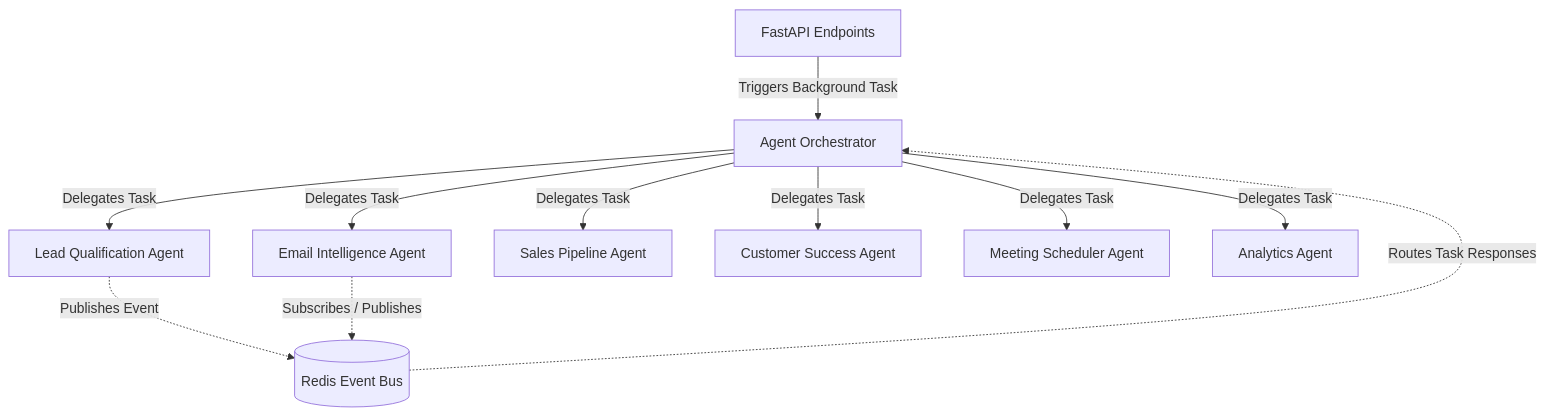
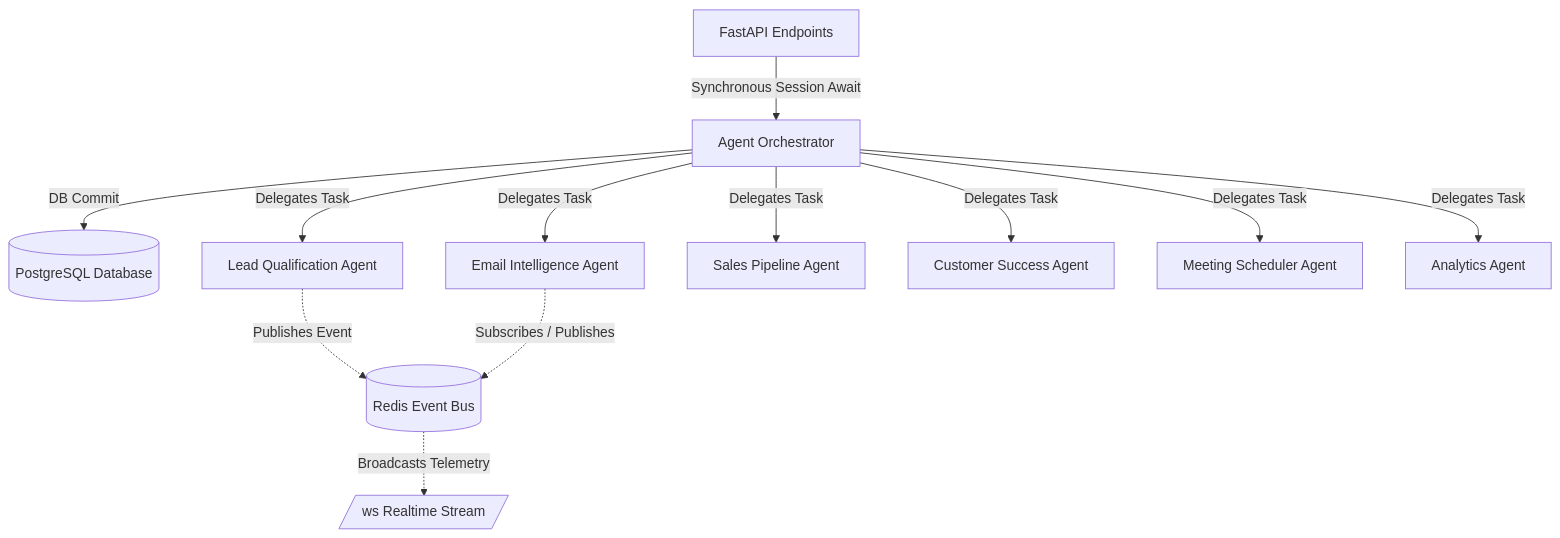
Before and after one commit to taha123618/AI-CRM-Agents: the diagram in .agents/skills/project-architecture/SKILL.md, drawn with Mermaid. The commit also changed other lines of this file and 3 other files, not shown here.

Commit message:
docs: update architecture, agent, and database skill documentation to reflect synchronous session handling, bulk operation patterns, and JSON metadata usage.

````diff
--- a/.agents/skills/project-architecture/SKILL.md
+++ b/.agents/skills/project-architecture/SKILL.md
@@ -23,14 +26,15 @@
 ```mermaid
 graph TD
-    API[FastAPI Endpoints] -->|Triggers Background Task| Orchestrator[Agent Orchestrator]
+    API[FastAPI Endpoints] -->|Synchronous Session Await| Orchestrator[Agent Orchestrator]
+    Orchestrator -->|DB Commit| PostgreSQL[(PostgreSQL Database)]
     Orchestrator -->|Delegates Task| LeadAgent[Lead Qualification Agent]
     Orchestrator -->|Delegates Task| EmailAgent[Email Intelligence Agent]
     Orchestrator -->|Delegates Task| SalesAgent[Sales Pipeline Agent]
     Orchestrator -->|Delegates Task| SuccessAgent[Customer Success Agent]
     Orchestrator -->|Delegates Task| MeetingAgent[Meeting Scheduler Agent]
     Orchestrator -->|Delegates Task| AnalyticsAgent[Analytics Agent]
     
     LeadAgent -.->|Publishes Event| EventBus[(Redis Event Bus)]
     EmailAgent -.->|Subscribes / Publishes| EventBus
-    EventBus -.->|Routes Task Responses| Orchestrator
+    EventBus -.->|Broadcasts Telemetry| WebSocket[/ws Realtime Stream/]
 ```
````
